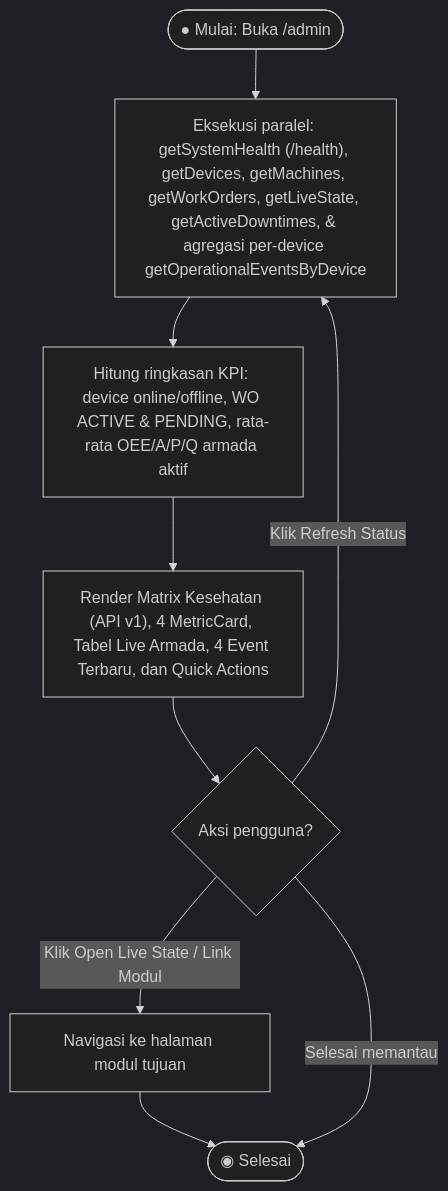
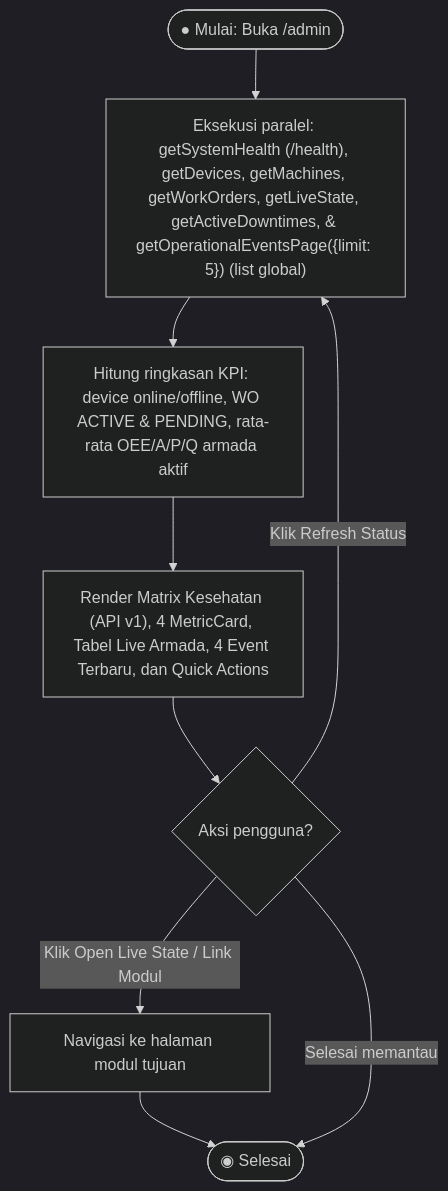
One commit to affadk/iiot-oee-admin-panel changed the second of 25 diagrams in PAGE_DOCUMENTATION.md. Above: the diagram before and after it, drawn with Mermaid (dark theme). The commit also changed other lines of this file and 12 other files, not shown here.

````diff
--- a/PAGE_DOCUMENTATION.md
+++ b/PAGE_DOCUMENTATION.md
@@ -112,11 +138,11 @@
 ```mermaid
 flowchart TD
-    Start(["● Mulai: Buka /admin"]) --> FetchAll["Eksekusi paralel: getSystemHealth (/health), getDevices, getMachines, getWorkOrders, getLiveState, getActiveDowntimes, & agregasi per-device getOperationalEventsByDevice"]
+    Start(["● Mulai: Buka /admin"]) --> FetchAll["Eksekusi paralel: getSystemHealth (/health), getDevices, getMachines, getWorkOrders, getLiveState, getActiveDowntimes, & getOperationalEventsPage({limit: 5}) (list global)"]
     FetchAll --> ComputeKPI["Hitung ringkasan KPI: device online/offline, WO ACTIVE & PENDING, rata-rata OEE/A/P/Q armada aktif"]
     ComputeKPI --> RenderDash["Render Matrix Kesehatan (API v1), 4 MetricCard, Tabel Live Armada, 4 Event Terbaru, dan Quick Actions"]
     RenderDash --> UserAction{"Aksi pengguna?"}
     UserAction -- Klik Refresh Status --> FetchAll
     UserAction -- Klik Open Live State / Link Modul --> NavModule["Navigasi ke halaman modul tujuan"]
     NavModule --> End(["◉ Selesai"])
     UserAction -- Selesai memantau --> End
 ```
````
